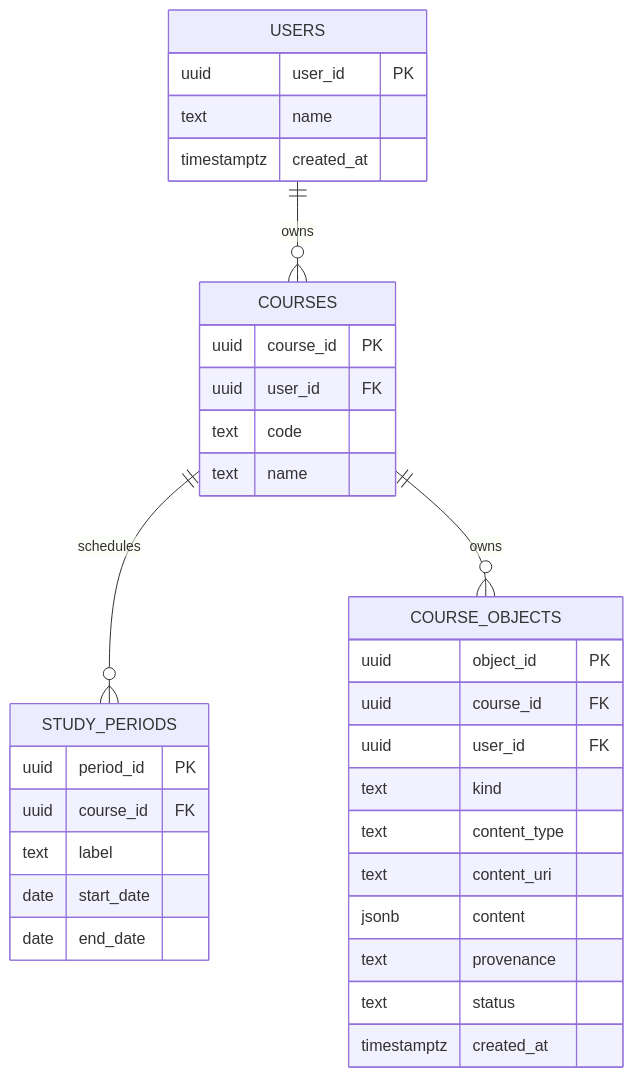
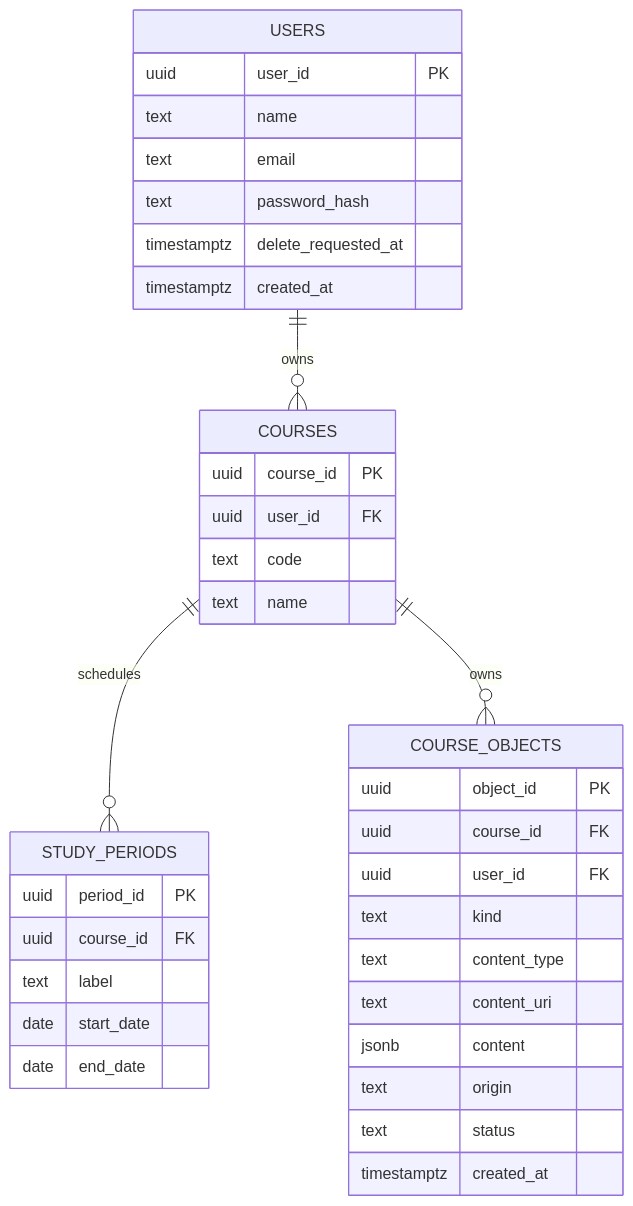
The eighth of 19 diagrams in system.md (RileyK05/Stacks), drawn with Mermaid before and after one commit. The commit also changed other lines of this file and 15 other files, not shown here.

````diff
--- a/system.md
+++ b/system.md
@@ -209,37 +213,40 @@
 ```mermaid
 erDiagram
     USERS ||--o{ COURSES : owns
     COURSES ||--o{ STUDY_PERIODS : schedules
     COURSES ||--o{ COURSE_OBJECTS : owns
 
     USERS {
         uuid user_id PK
         text name
+        text email
+        text password_hash
+        timestamptz delete_requested_at
         timestamptz created_at
     }
     COURSES {
         uuid course_id PK
         uuid user_id FK
         text code
         text name
     }
     STUDY_PERIODS {
         uuid period_id PK
         uuid course_id FK
         text label
         date start_date
         date end_date
     }
     COURSE_OBJECTS {
         uuid object_id PK
         uuid course_id FK
         uuid user_id FK
         text kind
         text content_type
         text content_uri
         jsonb content
-        text provenance
+        text origin
         text status
         timestamptz created_at
     }
 ```
````
